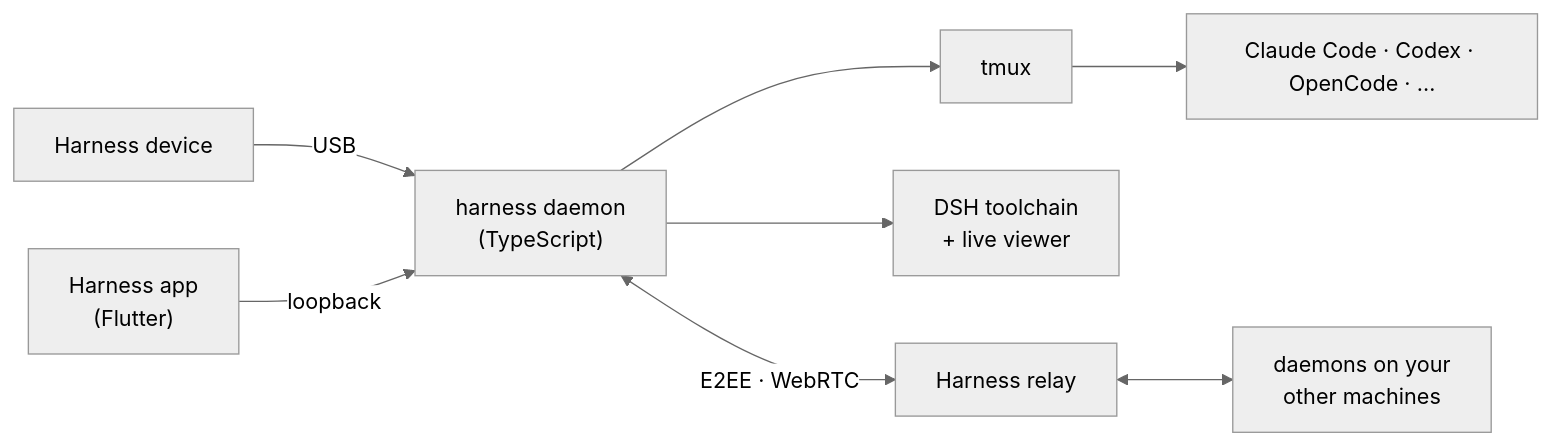
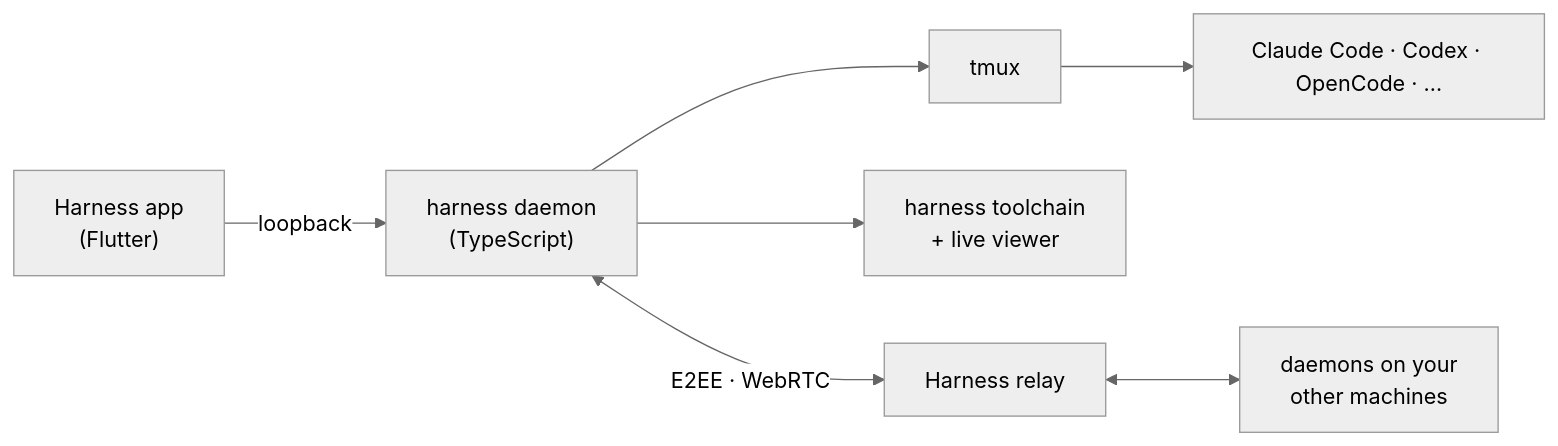
The diagram in README.md (autonomous-ai/openharness), drawn with Mermaid (neutral theme) before and after one commit. The commit also changed other lines of this file and 10 other files, not shown here.

````diff
--- a/README.md
+++ b/README.md
@@ -184,9 +145,8 @@
 ```mermaid
 flowchart LR
-  device["Harness device"] -- USB --> daemon
   app["Harness app<br/>(Flutter)"] -- loopback --> daemon["harness daemon<br/>(TypeScript)"]
   daemon --> tmux["tmux"] --> agents["Claude Code · Codex · OpenCode · …"]
-  daemon --> dsh["DSH toolchain<br/>+ live viewer"]
+  daemon --> dsh["harness toolchain<br/>+ live viewer"]
   daemon <-- "E2EE · WebRTC" --> relay["Harness relay"]
   relay <--> remote["daemons on your<br/>other machines"]
 ```
````
